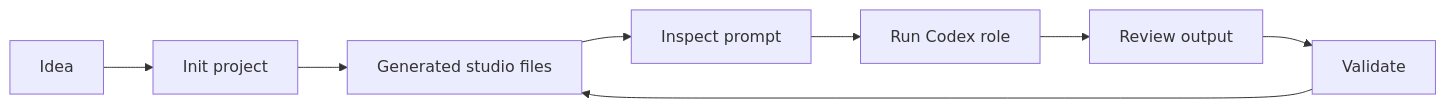
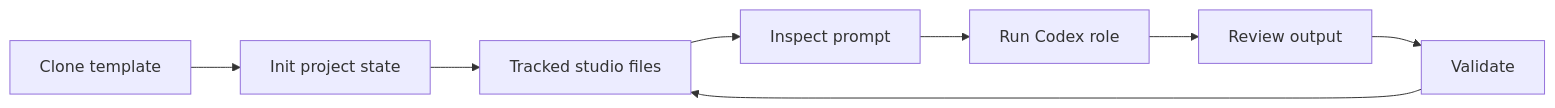
One commit to merlinhu1/codex-game-studio changed the diagram in README.md. Above: the diagram before and after it, drawn with Mermaid. The commit also changed other lines of this file and 237 other files, not shown here.

````diff
--- a/README.md
+++ b/README.md
@@ -67,10 +67,10 @@
 ```mermaid
 flowchart LR
-  A[Idea] --> B[Init project]
-  B --> C[Generated studio files]
+  A[Clone template] --> B[Init project state]
+  B --> C[Tracked studio files]
   C --> D[Inspect prompt]
   D --> E[Run Codex role]
   E --> F[Review output]
   F --> G[Validate]
   G --> C
 ```
````
